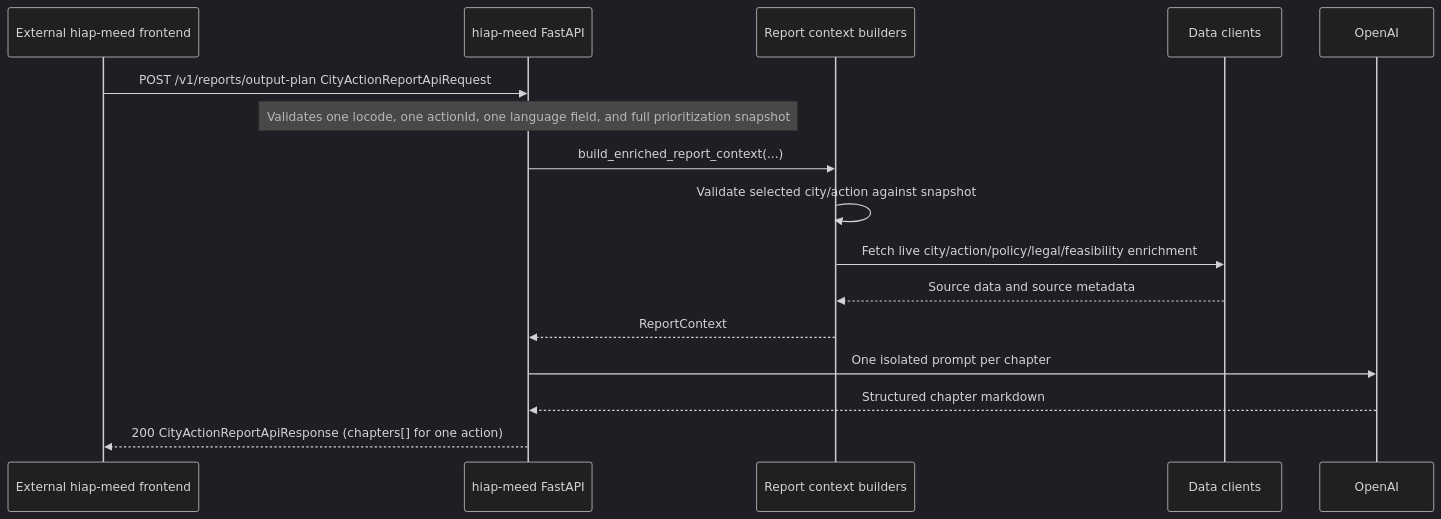
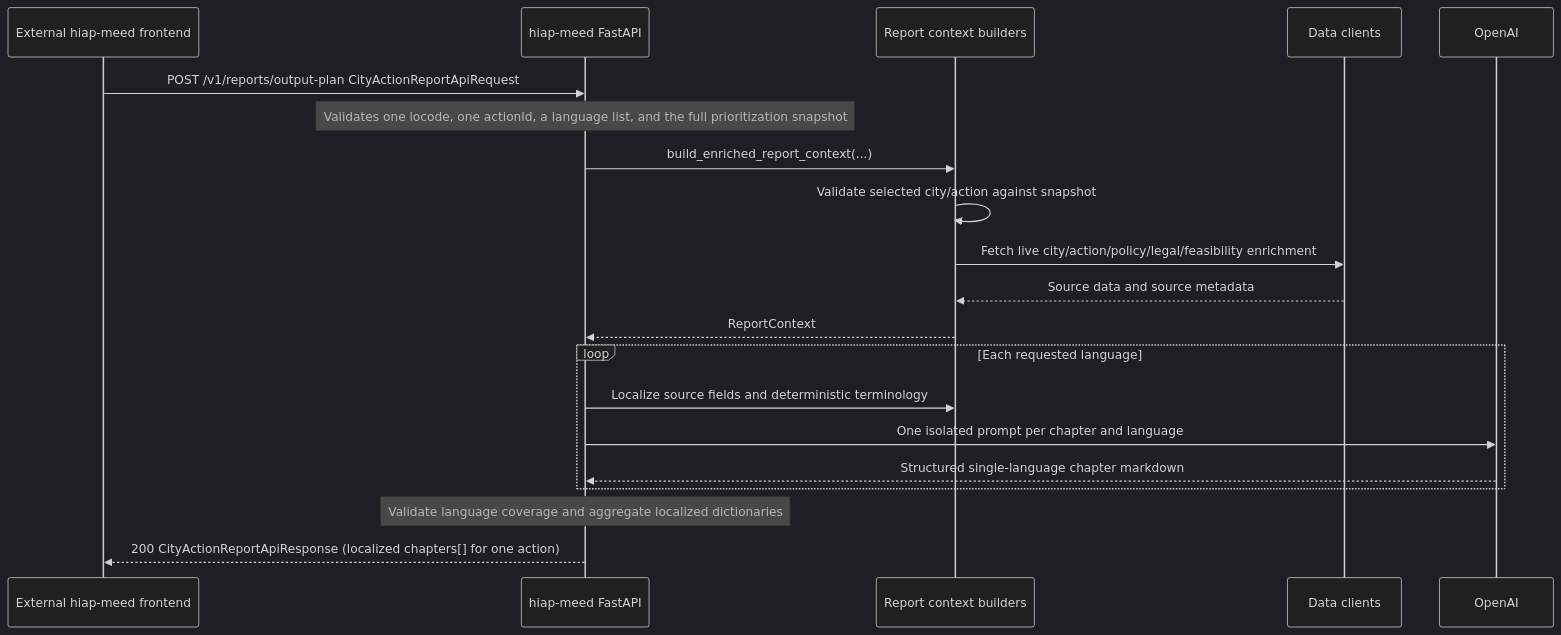
Before and after one commit to Open-Earth-Foundation/CityCatalyst: the fourth of 4 diagrams in hiap-meed/docs/service-architecture.md, drawn with Mermaid (dark theme). The commit also changed other lines of this file and 46 other files, not shown here.

````diff
--- a/hiap-meed/docs/service-architecture.md
+++ b/hiap-meed/docs/service-architecture.md
@@ -135,19 +135,23 @@
 ```mermaid
 sequenceDiagram
     participant FE as External hiap-meed frontend
     participant API as hiap-meed FastAPI
     participant Context as Report context builders
     participant Clients as Data clients
     participant LLM as OpenAI
 
     FE->>API: POST /v1/reports/output-plan CityActionReportApiRequest
-    Note over API: Validates one locode, one actionId, one language field, and full prioritization snapshot
+    Note over API: Validates one locode, one actionId, a language list, and the full prioritization snapshot
     API->>Context: build_enriched_report_context(...)
     Context->>Context: Validate selected city/action against snapshot
     Context->>Clients: Fetch live city/action/policy/legal/feasibility enrichment
     Clients-->>Context: Source data and source metadata
     Context-->>API: ReportContext
-    API->>LLM: One isolated prompt per chapter
-    LLM-->>API: Structured chapter markdown
-    API-->>FE: 200 CityActionReportApiResponse (chapters[] for one action)
+    loop Each requested language
+        API->>Context: Localize source fields and deterministic terminology
+        API->>LLM: One isolated prompt per chapter and language
+        LLM-->>API: Structured single-language chapter markdown
+    end
+    Note over API: Validate language coverage and aggregate localized dictionaries
+    API-->>FE: 200 CityActionReportApiResponse (localized chapters[] for one action)
 ```
````
